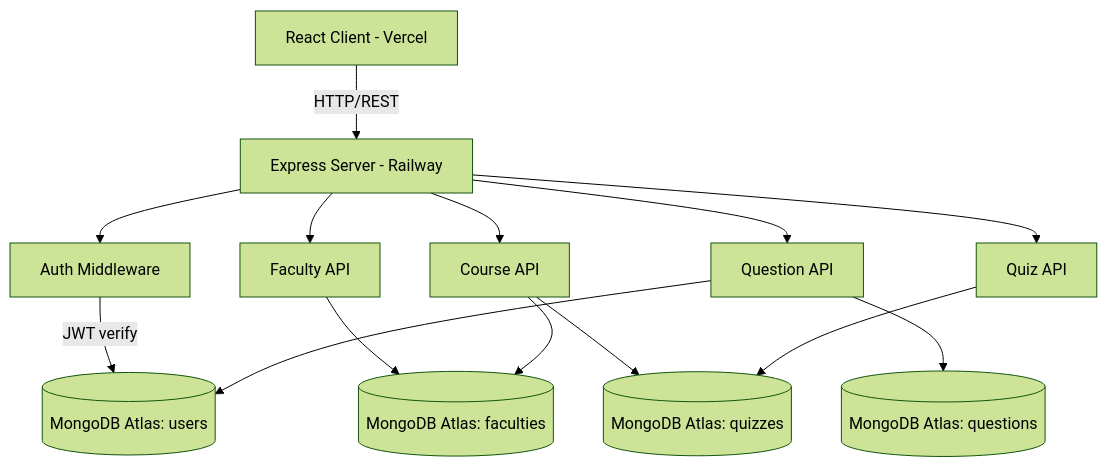
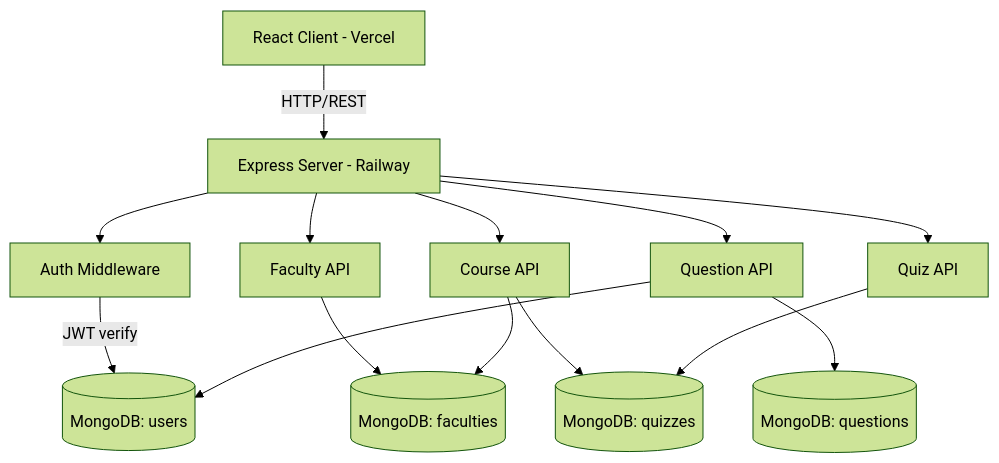
Before and after one commit to abdomohamed911/revquiz-platform: the diagram in README.md, drawn with Mermaid (forest theme). The commit also changed other lines of this file, not shown here.

````diff
--- a/README.md
+++ b/README.md
@@ -40,16 +40,16 @@
 ```mermaid
 graph TD
     Client[React Client - Vercel] -->|HTTP/REST| Server[Express Server - Railway]
     Server --> AuthMW[Auth Middleware]
-    AuthMW -->|JWT verify| UserDB[(MongoDB Atlas: users)]
+    AuthMW -->|JWT verify| UserDB[(MongoDB: users)]
     Server --> FacultyAPI[Faculty API]
     Server --> CourseAPI[Course API]
     Server --> QuizAPI[Quiz API]
     Server --> QuestionAPI[Question API]
-    FacultyAPI --> CourseDB[(MongoDB Atlas: faculties)]
+    FacultyAPI --> CourseDB[(MongoDB: faculties)]
     CourseAPI --> CourseDB
-    CourseAPI --> QuizDB[(MongoDB Atlas: quizzes)]
+    CourseAPI --> QuizDB[(MongoDB: quizzes)]
     QuizAPI --> QuizDB
-    QuestionAPI --> QuestionDB[(MongoDB Atlas: questions)]
+    QuestionAPI --> QuestionDB[(MongoDB: questions)]
     QuestionAPI --> UserDB
 ```
````
